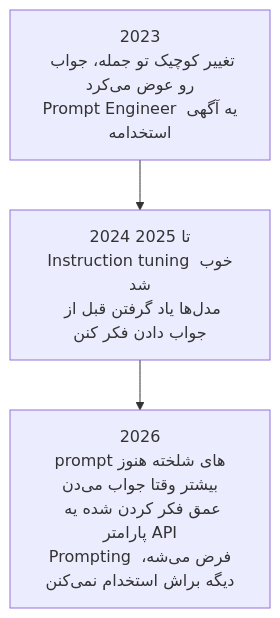
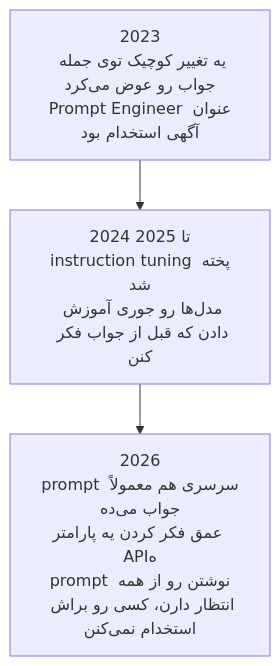
The first of 2 diagrams in mini-courses/2_intermediate/prompt_engineering_fa.md (lokumai/ai-engineering-bazaar), drawn with Mermaid before and after one commit. The commit also changed other lines of this file and 82 other files, not shown here.

````diff
--- a/mini-courses/2_intermediate/prompt_engineering_fa.md
+++ b/mini-courses/2_intermediate/prompt_engineering_fa.md
@@ -55,5 +57,5 @@
 ```mermaid
 graph TD
-    A["2023<br/>تغییر کوچیک تو جمله، جواب رو عوض می‌کرد<br/>Prompt Engineer یه آگهی استخدامه"] --> B["2024 تا 2025<br/>Instruction tuning خوب شد<br/>مدل‌ها یاد گرفتن قبل از جواب دادن فکر کنن"]
-    B --> C["2026<br/>prompt‌های شلخته هنوز بیشتر وقتا جواب می‌دن<br/>عمق فکر کردن شده یه پارامتر API<br/>Prompting فرض می‌شه، دیگه براش استخدام نمی‌کنن"]
+    A["2023<br/>یه تغییر کوچیک توی جمله جواب رو عوض می‌کرد<br/>Prompt Engineer عنوان آگهی استخدام بود"] --> B["2024 تا 2025<br/>instruction tuning پخته شد<br/>مدل‌ها رو جوری آموزش دادن که قبل از جواب فکر کنن"]
+    B --> C["2026<br/>prompt سرسری هم معمولاً جواب می‌ده<br/>عمق فکر کردن یه پارامتر API‌ه<br/>prompt نوشتن رو از همه انتظار دارن، کسی رو براش استخدام نمی‌کنن"]
 ```
````
